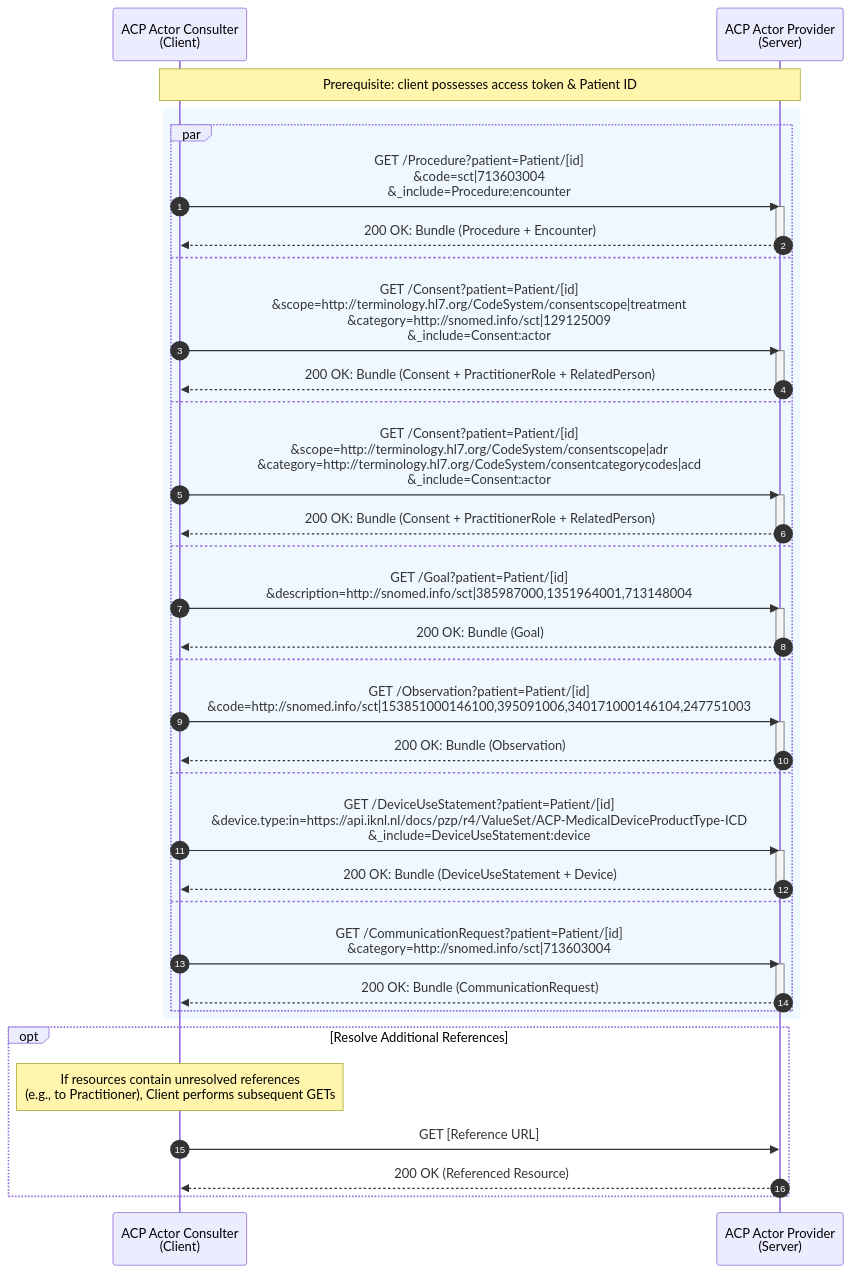
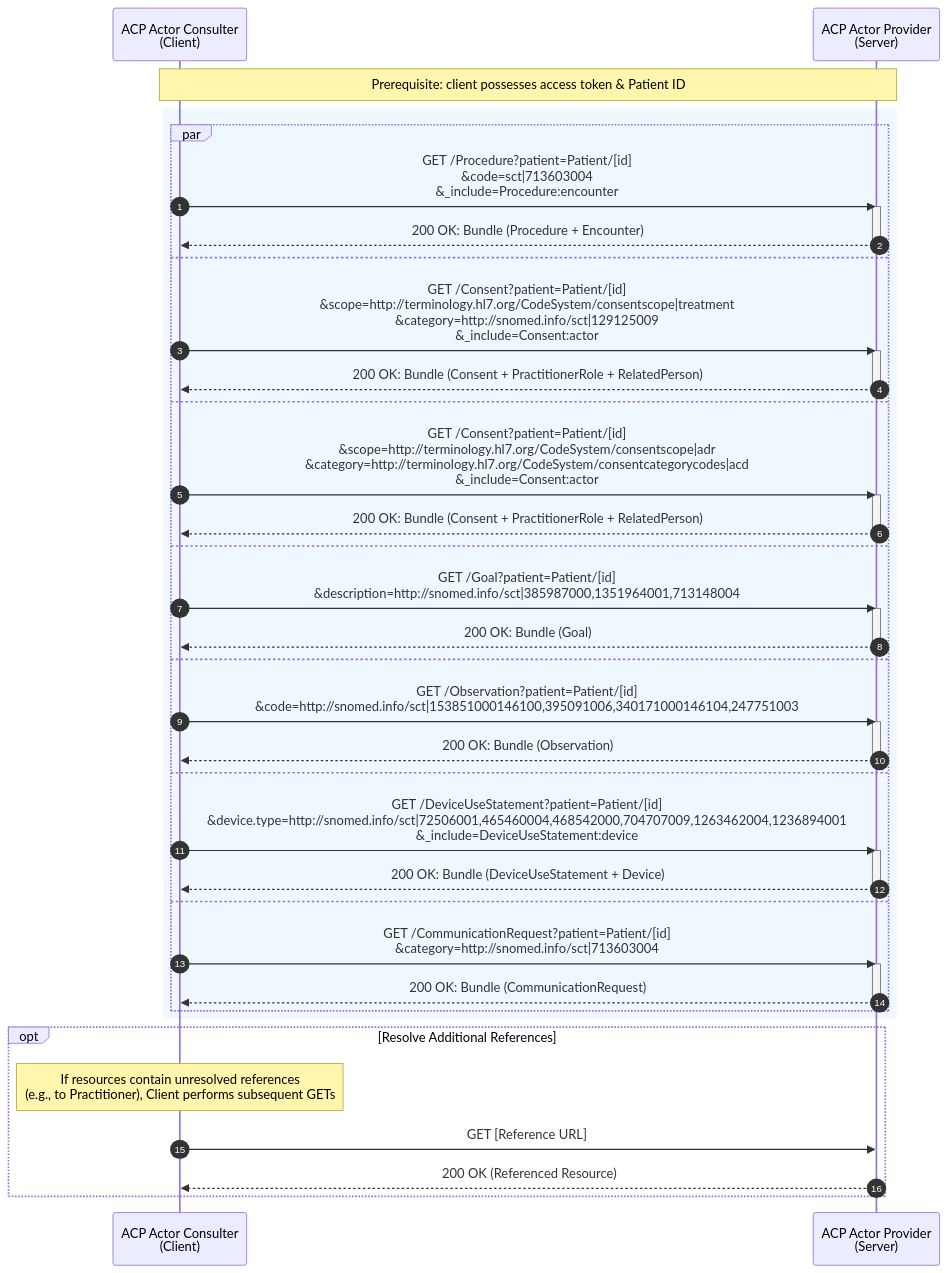
Before and after one commit to IKNL/PZP-FHIR-R4: the diagram in input/includes/fhir-data-exchange-individual-resources-mermaid-diagram.md, drawn with Mermaid. The commit also changed 2 other files, not shown here.

Commit message:
Use SNOMED device codes instead of ValueSet
Replace use of an external ValueSet URL for device.type with an explicit list of SNOMED CT codes in examples and the mermaid diagram. Update the Questionnaire (Questionnaire-ACP-zib2020.json) to replace the generic "ICD" option with multiple SNOMED-coded device answerOptions and Dutch display labels. Also remove the explanatory bullet about the `:in` modifier from the data-exchange documentation. These changes make device typing explicit and align example queries and resources to SNOMED CT codes.

```diff
--- a/input/includes/fhir-data-exchange-individual-resources-mermaid-diagram.md
+++ b/input/includes/fhir-data-exchange-individual-resources-mermaid-diagram.md
@@ -1,63 +1,63 @@
 <div class="mermaid" style="height: 800px; overflow: visible;">
 
 sequenceDiagram
     autonumber
     participant C as ACP Actor Consulter<br>(Client)
     participant S as ACP Actor Provider<br>(Server)
 
     note over C, S: Prerequisite: client possesses access token & Patient ID
 
     rect rgb(240, 248, 255)
   
         par 
             %% 1. Procedures
             C->>S: GET /Procedure?patient=Patient/[id]<br>&code=sct|713603004<br>&_include=Procedure:encounter
             activate S
             S-->>C: 200 OK: Bundle (Procedure + Encounter)
             deactivate S
         and
             %% 2. Consent (TreatmentDirective)
             C->>S: GET /Consent?patient=Patient/[id]<br>&scope=http://terminology.hl7.org/CodeSystem/consentscope|treatment<br>&category=http://snomed.info/sct|129125009<br>&_include=Consent:actor
             activate S
             S-->>C: 200 OK: Bundle (Consent + PractitionerRole + RelatedPerson)
             deactivate S
         and
             %% 3. Consent (AdvanceCareDirective)
             C->>S: GET /Consent?patient=Patient/[id]<br>&scope=http://terminology.hl7.org/CodeSystem/consentscope|adr<br>&category=http://terminology.hl7.org/CodeSystem/consentcategorycodes|acd<br>&_include=Consent:actor
             activate S
             S-->>C: 200 OK: Bundle (Consent + PractitionerRole + RelatedPerson)
             deactivate S
         and
             %% 4. Goals
             C->>S: GET /Goal?patient=Patient/[id]<br>&description=http://snomed.info/sct|385987000,1351964001,713148004
             activate S
             S-->>C: 200 OK: Bundle (Goal)
             deactivate S
         and
             %% 5. Observations
             C->>S: GET /Observation?patient=Patient/[id]<br>&code=http://snomed.info/sct|153851000146100,395091006,340171000146104,247751003
             activate S
             S-->>C: 200 OK: Bundle (Observation)
             deactivate S
         and
             %% 6. Devices
-            C->>S: GET /DeviceUseStatement?patient=Patient/[id]<br>&device.type:in=https://api.iknl.nl/docs/pzp/r4/ValueSet/ACP-MedicalDeviceProductType-ICD<br>&_include=DeviceUseStatement:device
+            C->>S: GET /DeviceUseStatement?patient=Patient/[id]<br>&device.type=http://snomed.info/sct|72506001,465460004,468542000,704707009,1263462004,1236894001<br>&_include=DeviceUseStatement:device
             activate S
             S-->>C: 200 OK: Bundle (DeviceUseStatement + Device)
             deactivate S
         and
             %% 7. CommunicationRequests
             C->>S: GET /CommunicationRequest?patient=Patient/[id]<br>&category=http://snomed.info/sct|713603004
             activate S
             S-->>C: 200 OK: Bundle (CommunicationRequest)
             deactivate S
         end
     end
 
     opt Resolve Additional References
         note over C: If resources contain unresolved references<br>(e.g., to Practitioner), Client performs subsequent GETs
         C->>S: GET [Reference URL]
         S-->>C: 200 OK (Referenced Resource)
     end
 
 </div>
```
